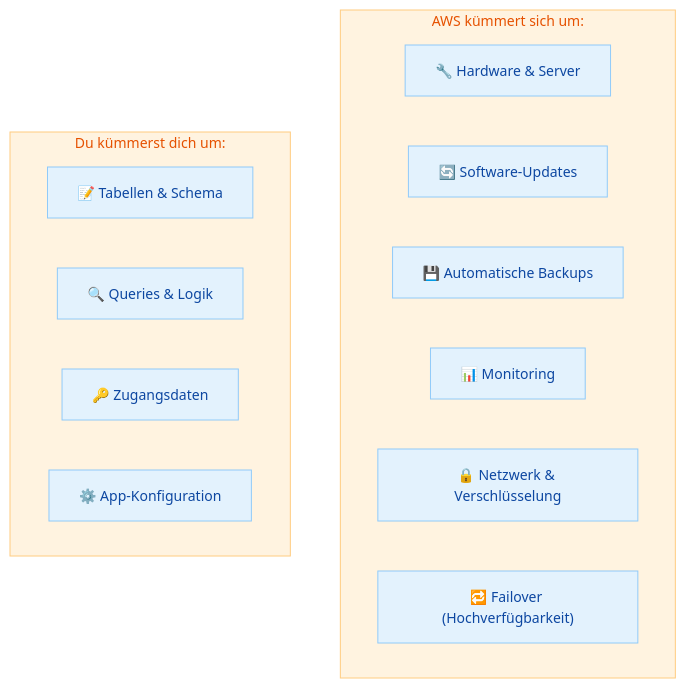
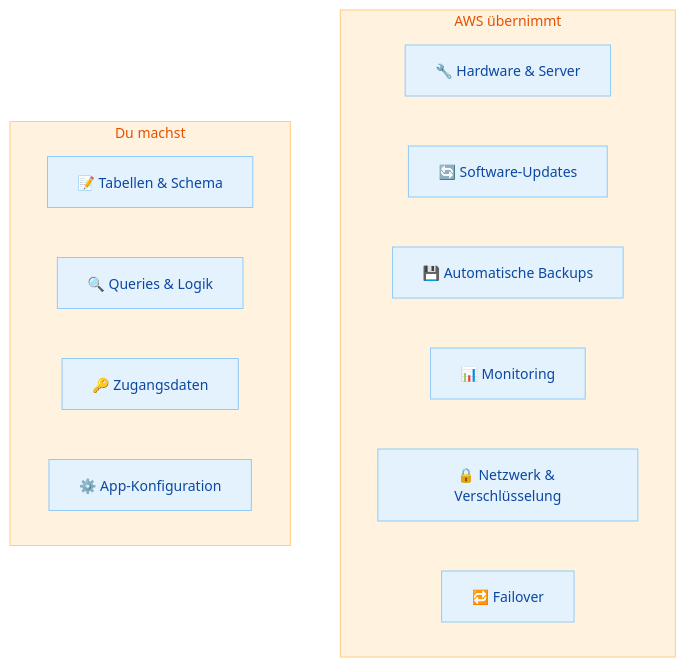
The second of 4 diagrams in docs/modul-3/woche-9/uebung-30.2-aws-rds.md (JacobMenge/kurs-25-06), drawn with Mermaid before and after one commit. The commit also changed other lines of this file and 5 other files, not shown here.

````diff
--- a/docs/modul-3/woche-9/uebung-30.2-aws-rds.md
+++ b/docs/modul-3/woche-9/uebung-30.2-aws-rds.md
@@ -170,18 +170,18 @@
 ```mermaid
 %%{init: {'theme': 'base', 'themeVariables': {'primaryColor': '#e3f2fd', 'primaryTextColor': '#0d47a1', 'primaryBorderColor': '#90caf9', 'secondaryColor': '#e8f5e9', 'secondaryTextColor': '#1b5e20', 'secondaryBorderColor': '#a5d6a7', 'tertiaryColor': '#fff3e0', 'tertiaryTextColor': '#e65100', 'tertiaryBorderColor': '#ffcc80', 'lineColor': '#78909c', 'fontSize': '14px'}}}%%
 graph TD
-    subgraph aws ["AWS kümmert sich um:"]
+    subgraph aws ["AWS übernimmt"]
         A["🔧 Hardware & Server"]
         B["🔄 Software-Updates"]
         C["💾 Automatische Backups"]
         D["📊 Monitoring"]
         E["🔒 Netzwerk & Verschlüsselung"]
-        F["🔁 Failover (Hochverfügbarkeit)"]
+        F["🔁 Failover"]
     end
-    subgraph du ["Du kümmerst dich um:"]
+    subgraph du ["Du machst"]
         G["📝 Tabellen & Schema"]
         H["🔍 Queries & Logik"]
         I["🔑 Zugangsdaten"]
         J["⚙️ App-Konfiguration"]
     end
 ```
````
